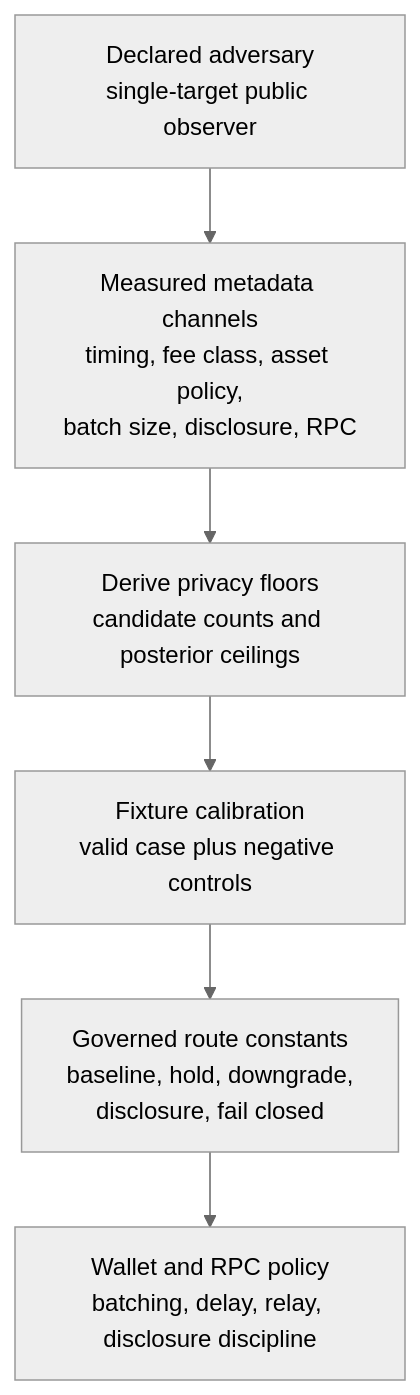
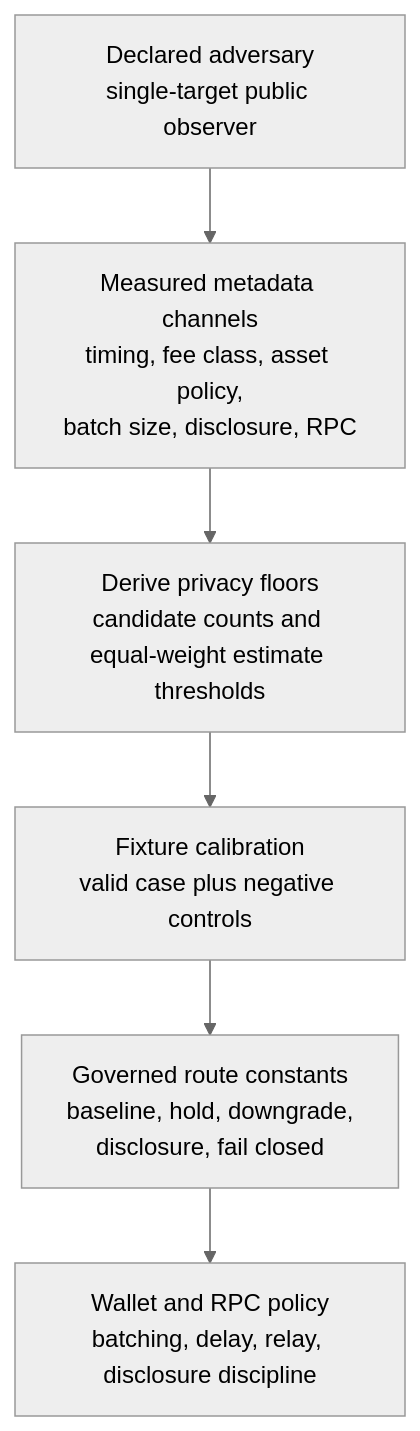
The diagram in docs/privacy/floor-calibration.md (postfiatorg/postfiatl1v2), drawn with Mermaid (neutral theme) before and after one commit. The commit also changed other lines of this file and 21 other files, not shown here.

````diff
--- a/docs/privacy/floor-calibration.md
+++ b/docs/privacy/floor-calibration.md
@@ -44,11 +46,11 @@
 ```mermaid
 flowchart TD
   Threat[Declared adversary<br/>single-target public observer]
   Channels[Measured metadata channels<br/>timing, fee class, asset policy,<br/>batch size, disclosure, RPC]
-  Floors[Derive privacy floors<br/>candidate counts and posterior ceilings]
+  Floors[Derive privacy floors<br/>candidate counts and equal-weight estimate thresholds]
   Fixtures[Fixture calibration<br/>valid case plus negative controls]
   Policy[Governed route constants<br/>baseline, hold, downgrade,<br/>disclosure, fail closed]
   Wallet[Wallet and RPC policy<br/>batching, delay, relay, disclosure discipline]
 
   Threat --> Channels --> Floors --> Fixtures --> Policy --> Wallet
 ```
````
